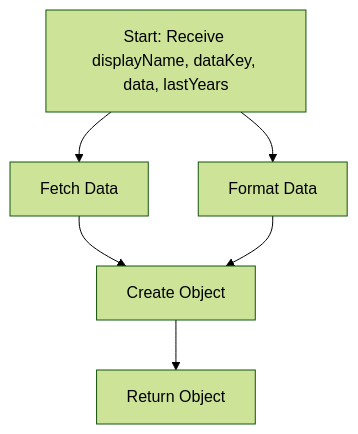
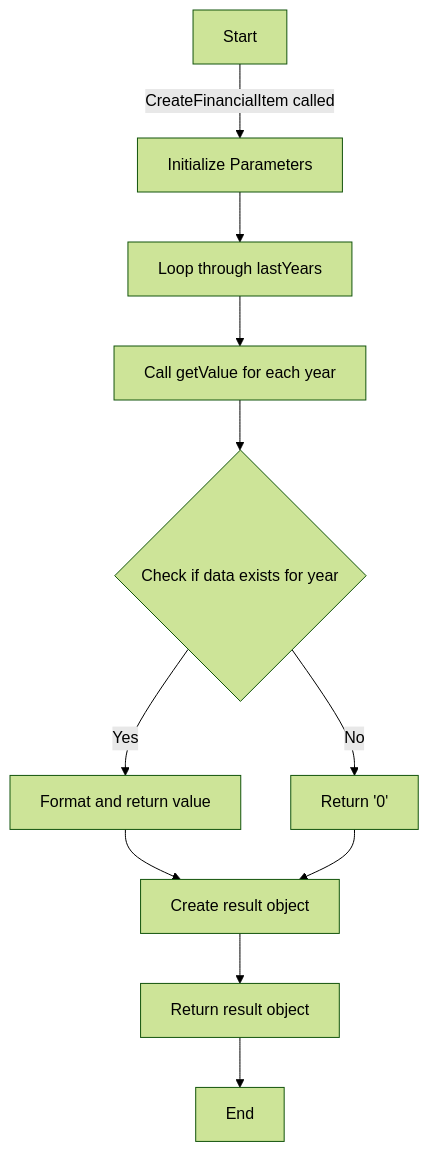
One commit to lumduan/fireball-ng changed the second of 5 diagrams in Document of function.md. Above: the diagram before and after it, drawn with Mermaid (forest theme). The commit also changed other lines of this file and 1 other file, not shown here.

Commit message:
FIX: FN CreateFinancialItem to return 0 when value error > income-statement-table

````diff
--- a/Document of function.md
+++ b/Document of function.md
@@ -72,8 +73,13 @@
 ```mermaid
-graph TD;
-    A[Start: Receive displayName, dataKey, data, lastYears] --> B[Fetch Data];
-    A --> C[Format Data];
-    B --> D[Create Object];
-    C --> D;
-    D --> E[Return Object];
+graph TD
+    A["Start"] -->|"CreateFinancialItem called"| B["Initialize Parameters"]
+    B --> C["Loop through lastYears"]
+    C --> D["Call getValue for each year"]
+    D --> E{"Check if data exists for year"}
+    E -->|"Yes"| F["Format and return value"]
+    E -->|"No"| G["Return '0'"]
+    F --> H["Create result object"]
+    G --> H
+    H --> I["Return result object"]
+    I --> J["End"]
 ```
````
